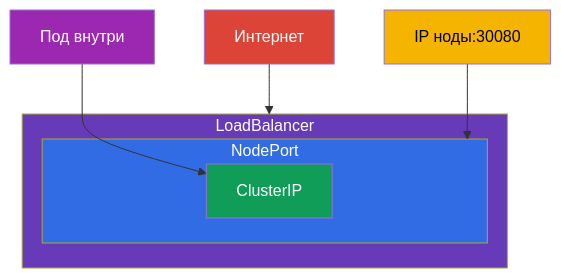
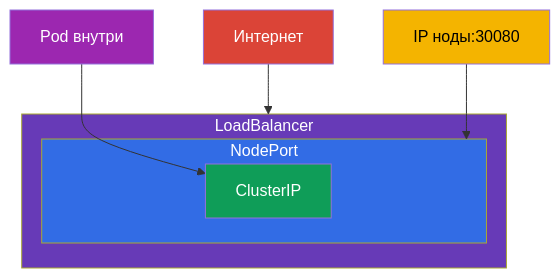
One commit to ViktorUJ/cks changed the fourth of 11 diagrams in tasks/cka/course/07/ru.md. Above: the diagram before and after it, drawn with Mermaid. The commit also changed other lines of this file and 15 other files, not shown here.

````diff
--- a/tasks/cka/course/07/ru.md
+++ b/tasks/cka/course/07/ru.md
@@ -93,17 +93,17 @@
 ```mermaid
 flowchart TB
     subgraph LBbox["LoadBalancer"]
         subgraph NPbox["NodePort"]
             CIbox["ClusterIP"]
         end
     end
     ext["Интернет"] --> LBbox
     node["IP ноды:30080"] --> NPbox
-    inpod["Под внутри"] --> CIbox
+    inpod["Pod внутри"] --> CIbox
     style LBbox fill:#673ab7,color:#fff
     style NPbox fill:#326ce5,color:#fff
     style CIbox fill:#0f9d58,color:#fff
     style ext fill:#db4437,color:#fff
     style node fill:#f4b400,color:#000
     style inpod fill:#9c27b0,color:#fff
 ```
````
